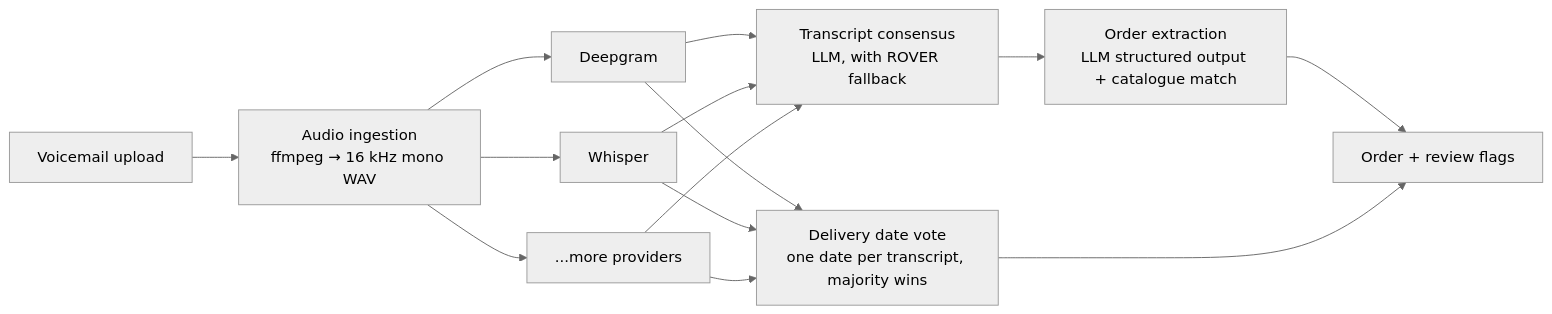
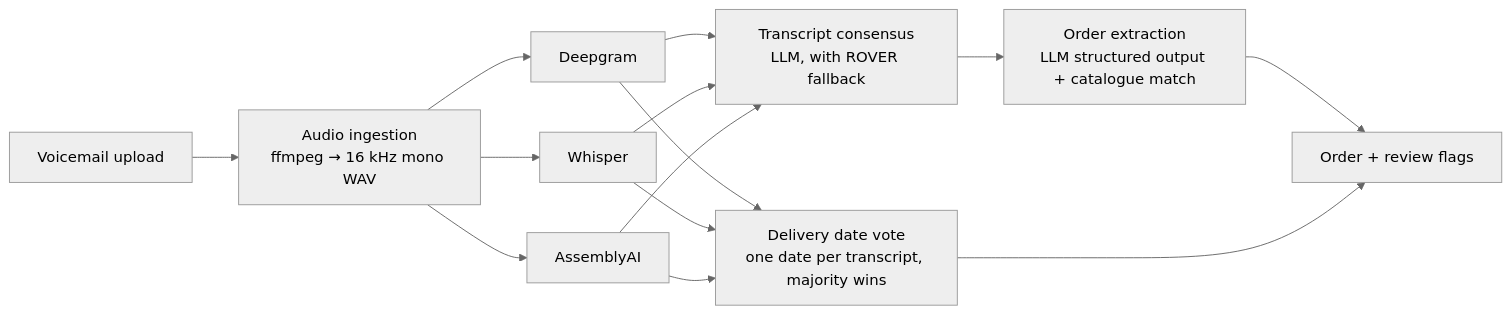
Before and after one commit to jehanxaibahmed/voice-to-order: the diagram in docs/architecture.md, drawn with Mermaid (neutral theme). The commit also changed other lines of this file and 4 other files, not shown here.

````diff
--- a/docs/architecture.md
+++ b/docs/architecture.md
@@ -7,11 +7,11 @@
 ```mermaid
 flowchart LR
     A[Voicemail upload] --> B[Audio ingestion<br/>ffmpeg → 16 kHz mono WAV]
     B --> C1[Deepgram]
     B --> C2[Whisper]
-    B --> C3[...more providers]
+    B --> C3[AssemblyAI]
     C1 & C2 & C3 --> D[Transcript consensus<br/>LLM, with ROVER fallback]
     D --> E[Order extraction<br/>LLM structured output + catalogue match]
     C1 & C2 & C3 --> F[Delivery date vote<br/>one date per transcript, majority wins]
     E & F --> G[Order + review flags]
 ```
````
